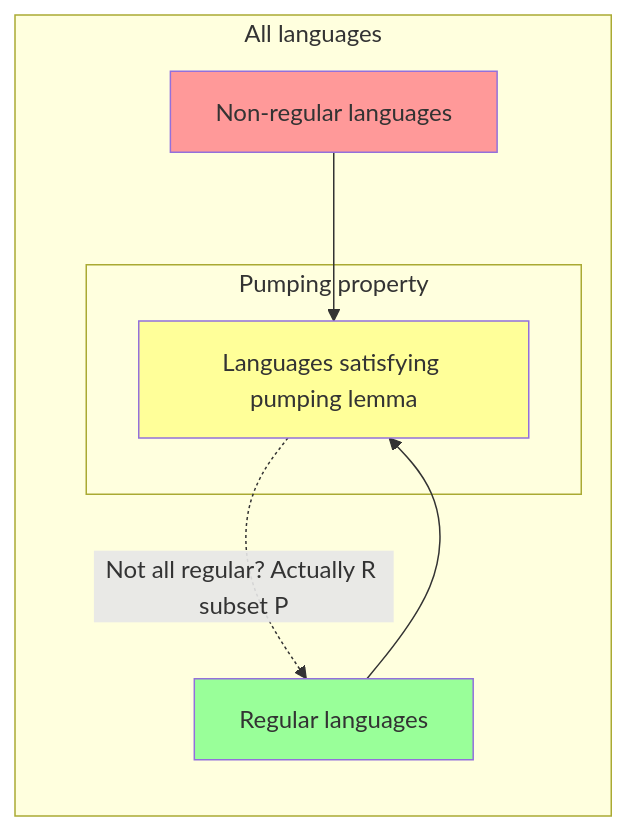
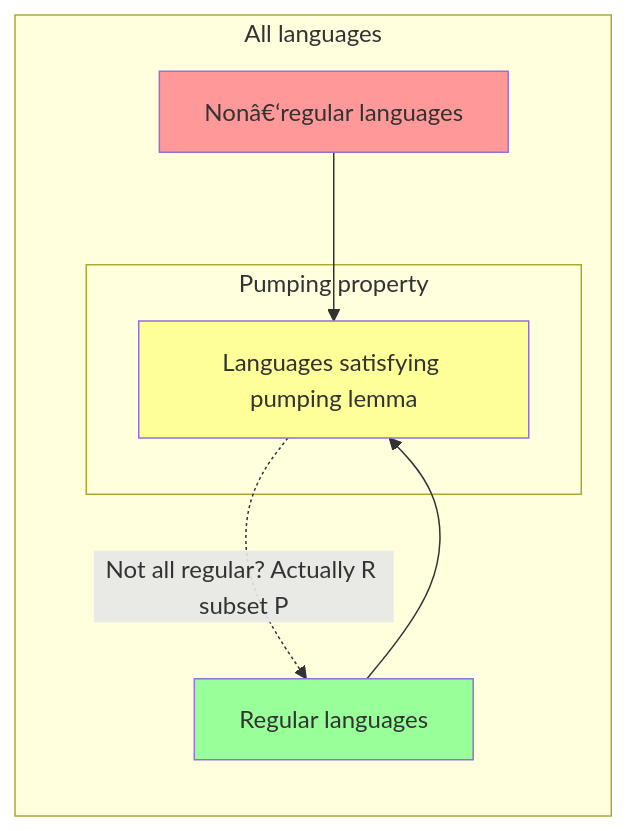
One commit to manishkumar8312/CS-Fundamentals changed the second of 2 diagrams in Theory Of Computation/Ch04 - Pumping Lemma for RL.md. Above: the diagram before and after it, drawn with Mermaid. The commit also changed other lines of this file, not shown here.

````diff
--- a/Theory Of Computation/Ch04 - Pumping Lemma for RL.md
+++ b/Theory Of Computation/Ch04 - Pumping Lemma for RL.md
@@ -150,16 +139,16 @@
 ```mermaid
 flowchart LR
     subgraph All languages
         R[Regular languages]
-        N[Non‑regular languages]
+        N[Nonâ€‘regular languages]
         subgraph Pumping property
             P[Languages satisfying pumping lemma]
         end
     end
     R --> P
     N --> P
     P -.->|Not all regular? Actually R subset P| R
     style R fill:#9f9
     style N fill:#f99
     style P fill:#ff9
 ```
````
